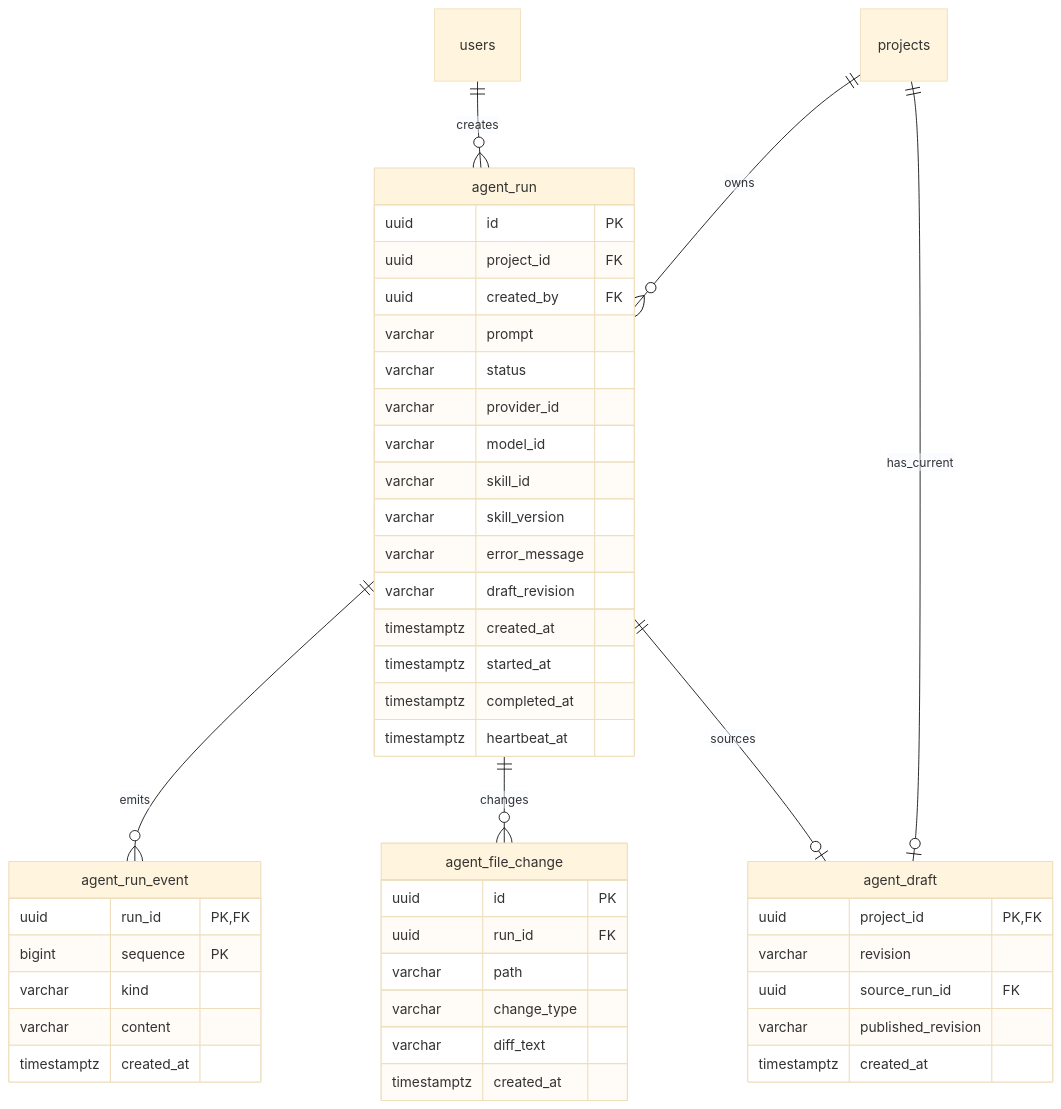
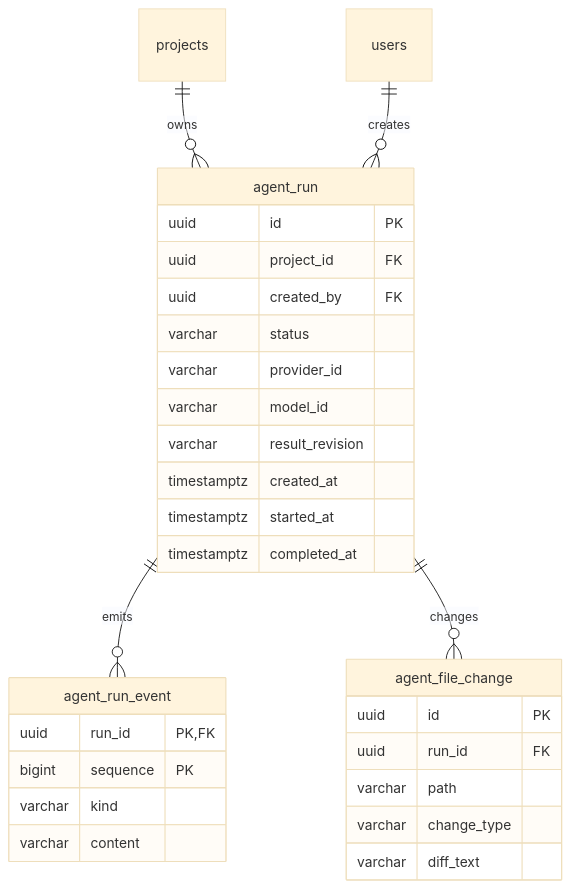
Before and after one commit to aouiniamine/surv-backend: the second of 2 diagrams in docs/SURV_AGENT_IMPLEMENTATION_ARCHITECTURE.md, drawn with Mermaid (base theme). The commit also changed other lines of this file and 27 other files, not shown here.

````diff
--- a/docs/SURV_AGENT_IMPLEMENTATION_ARCHITECTURE.md
+++ b/docs/SURV_AGENT_IMPLEMENTATION_ARCHITECTURE.md
@@ -59,49 +38,32 @@
 ```mermaid
 erDiagram
     projects ||--o{ agent_run : owns
     users ||--o{ agent_run : creates
     agent_run ||--o{ agent_run_event : emits
     agent_run ||--o{ agent_file_change : changes
-    projects ||--o| agent_draft : has_current
-    agent_run ||--o| agent_draft : sources
-
     agent_run {
         uuid id PK
         uuid project_id FK
         uuid created_by FK
-        varchar prompt
         varchar status
         varchar provider_id
         varchar model_id
-        varchar skill_id
-        varchar skill_version
-        varchar error_message
-        varchar draft_revision
+        varchar result_revision
         timestamptz created_at
         timestamptz started_at
         timestamptz completed_at
-        timestamptz heartbeat_at
     }
     agent_run_event {
         uuid run_id PK, FK
         bigint sequence PK
         varchar kind
         varchar content
-        timestamptz created_at
     }
     agent_file_change {
         uuid id PK
         uuid run_id FK
         varchar path
         varchar change_type
         varchar diff_text
-        timestamptz created_at
-    }
-    agent_draft {
-        uuid project_id PK, FK
-        varchar revision
-        uuid source_run_id FK
-        varchar published_revision
-        timestamptz created_at
     }
 ```
````
